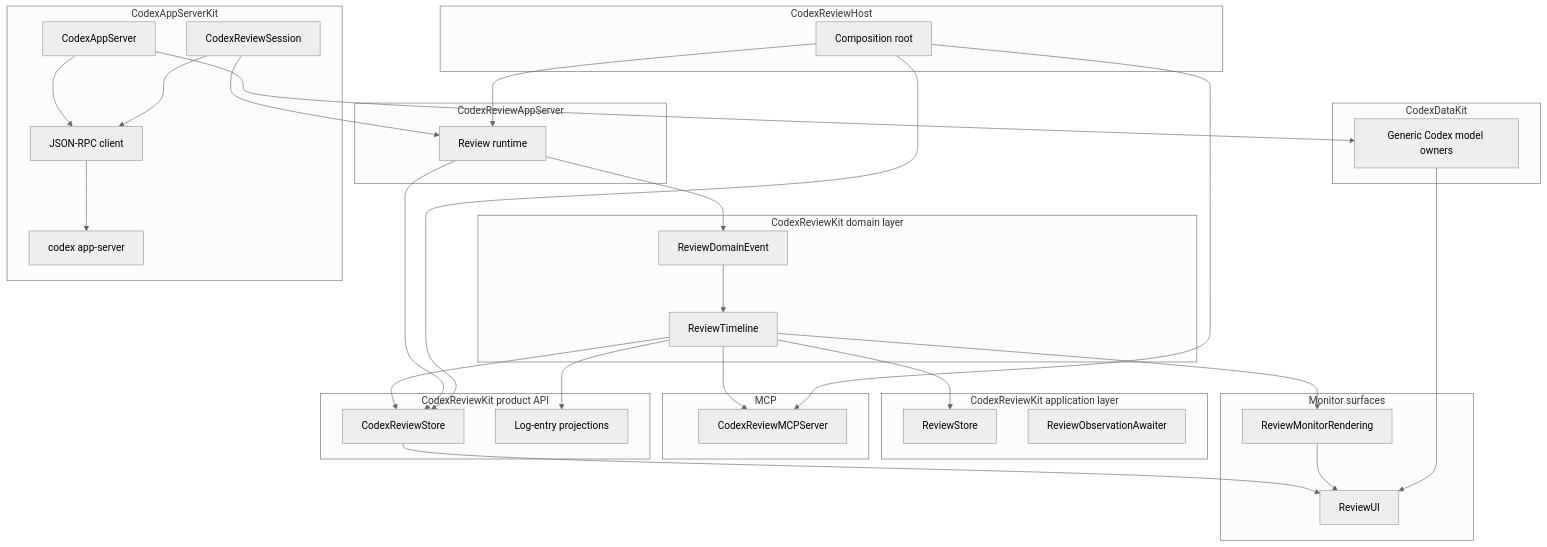
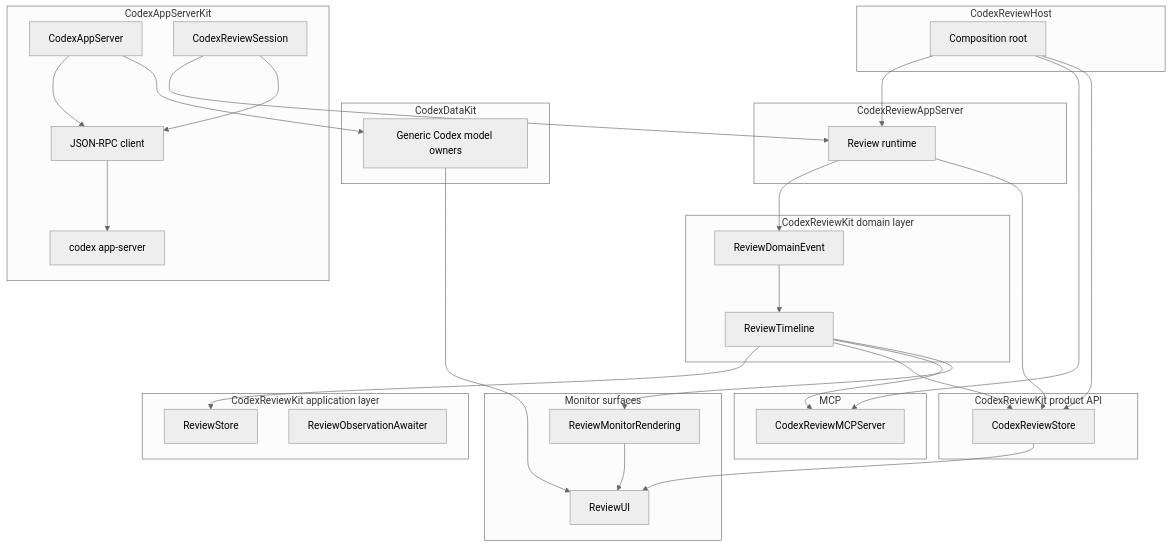
The diagram in Docs/architecture.md (lynnswap/CodexReviewKit), drawn with Mermaid (neutral theme) before and after one commit. The commit also changed other lines of this file and 12 other files, not shown here.

Commit message:
refactor(review-mcp): remove read log projection API

````diff
--- a/Docs/architecture.md
+++ b/Docs/architecture.md
@@ -98,65 +93,63 @@
 ```mermaid
 flowchart TB
     subgraph Domain["CodexReviewKit domain layer"]
         DomainEvents["ReviewDomainEvent"]
         Timeline["ReviewTimeline"]
     end
 
     subgraph Application["CodexReviewKit application layer"]
         AppStore["ReviewStore"]
         Awaiter["ReviewObservationAwaiter"]
     end
 
     subgraph Product["CodexReviewKit product API"]
         PublicStore["CodexReviewStore"]
-        LogProjection["Log-entry projections"]
     end
 
     subgraph Kit["CodexAppServerKit"]
         DomainAPI["CodexAppServer"]
         ReviewSession["CodexReviewSession"]
         Client["JSON-RPC client"]
         Process["codex app-server"]
     end
 
     subgraph GenericData["CodexDataKit"]
         GenericOwners["Generic Codex model owners"]
     end
 
     subgraph AppServer["CodexReviewAppServer"]
         Runtime["Review runtime"]
     end
 
     subgraph MCP["MCP"]
         MCPServer["CodexReviewMCPServer"]
     end
 
     subgraph Monitor["Monitor surfaces"]
         Renderer["ReviewMonitorRendering"]
         UI["ReviewUI"]
     end
 
     subgraph Host["CodexReviewHost"]
         Composition["Composition root"]
     end
 
     ReviewSession --> Runtime
     Runtime --> DomainEvents
     DomainEvents --> Timeline
     Timeline --> AppStore
     Timeline --> PublicStore
-    Timeline --> LogProjection
     Timeline --> MCPServer
     Timeline --> Renderer
     PublicStore --> UI
     Renderer --> UI
     GenericOwners --> UI
     DomainAPI --> Client
     DomainAPI --> GenericOwners
     ReviewSession --> Client
     Client --> Process
     Runtime --> PublicStore
     Composition --> Runtime
     Composition --> MCPServer
     Composition --> PublicStore
 ```
````
